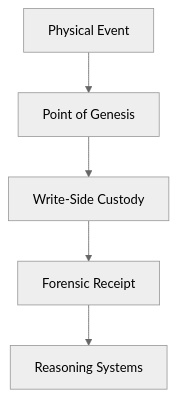
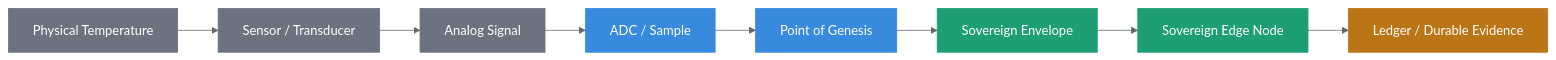
Before and after one commit to kenwalger/sovereign-system-spec: the fifth of 5 diagrams in terms/point-of-genesis.md, drawn with Mermaid (neutral theme). The commit also changed other lines of this file and 13 other files, not shown here.

First line of the commit message:
refactor(spec): align Sovereign Systems around explicit epistemic boundaries

````diff
--- a/terms/point-of-genesis.md
+++ b/terms/point-of-genesis.md
@@ -122,18 +334,20 @@
 ```mermaid
-flowchart TD
+flowchart LR
+    A["Physical Temperature"] --> B["Sensor / Transducer"]
+    B --> C["Analog Signal"]
+    C --> D["ADC / Sample"]
+    D --> G["Point of Genesis"]
+    G --> E["Sovereign Envelope"]
+    E --> N["Sovereign Edge Node"]
+    N --> L["Ledger / Durable Evidence"]
 
-    A["Physical Event"]
+    classDef capture fill:#378ADD,stroke:#378ADD,color:#FFFFFF
+    classDef governance fill:#1D9E75,stroke:#1D9E75,color:#FFFFFF
+    classDef memory fill:#BA7517,stroke:#BA7517,color:#FFFFFF
+    classDef boundary fill:#6B7280,stroke:#6B7280,color:#FFFFFF
 
-    B["Point of Genesis"]
-
-    C["Write-Side Custody"]
-
-    D["Forensic Receipt"]
-
-    E["Reasoning Systems"]
-
-    A --> B
-    B --> C
-    C --> D
-    D --> E
+    class A,B,C boundary
+    class D,G capture
+    class E,N governance
+    class L memory
 ```
````
